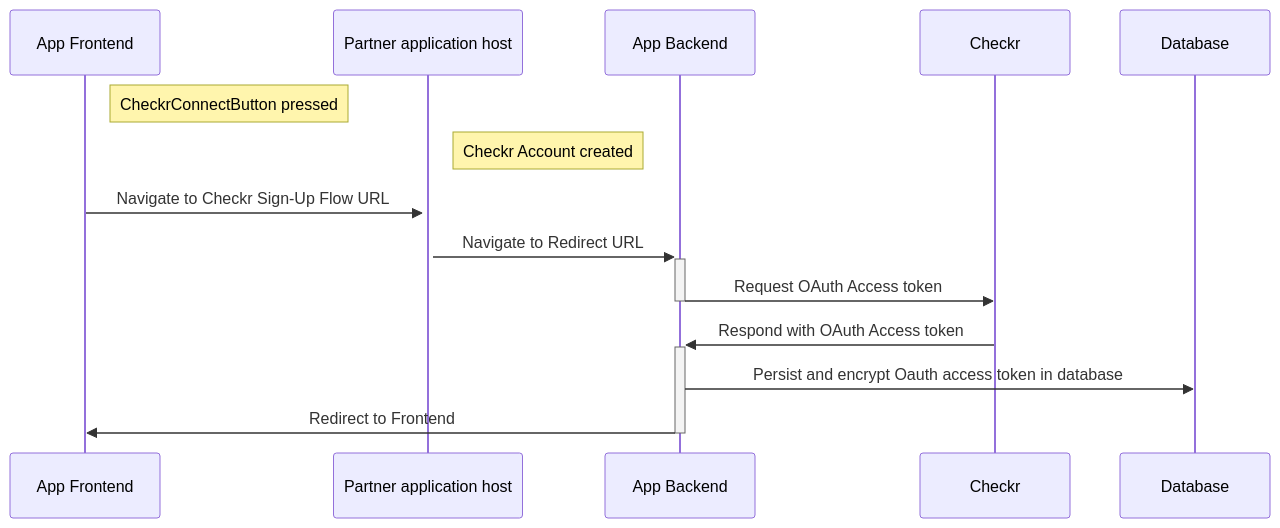
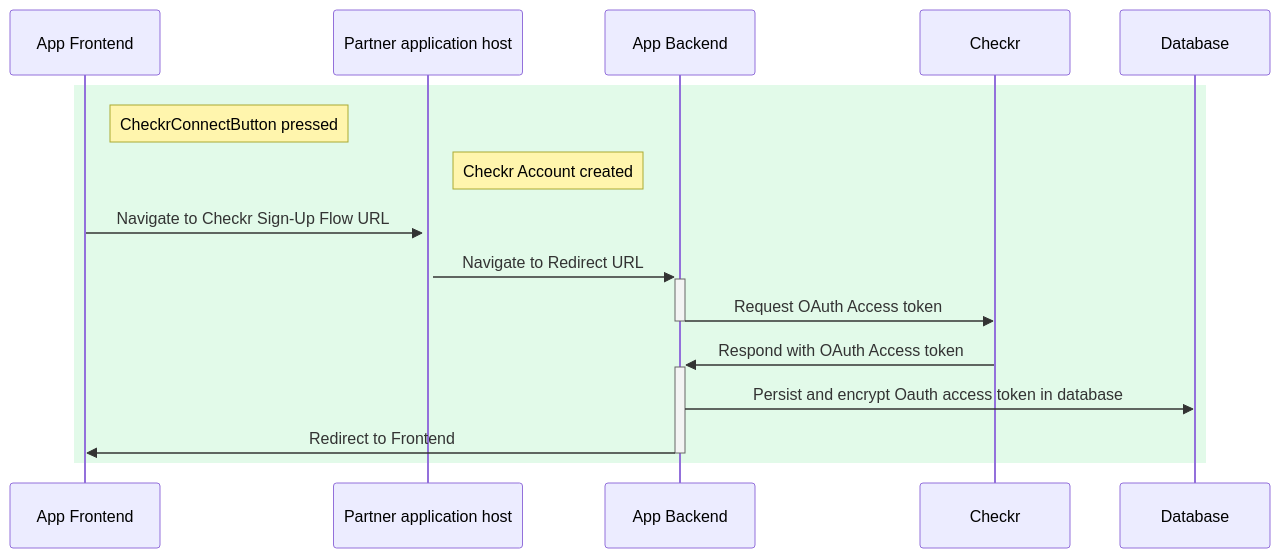
One commit to checkr/oauth-reference-integration changed the first of 2 diagrams in README.md. Above: the diagram before and after it, drawn with Mermaid. The commit also changed other lines of this file, not shown here.

````diff
--- a/README.md
+++ b/README.md
@@ -59,12 +59,14 @@
 ```mermaid
 sequenceDiagram
+  rect rgb(226, 250, 233)
     Note right of App Frontend: CheckrConnectButton pressed
     Note right of Partner application host: Checkr Account created
 
     App Frontend->>+Partner application host: Navigate to Checkr Sign-Up Flow URL
     Partner application host->>+App Backend: Navigate to Redirect URL
     App Backend->>-Checkr: Request OAuth Access token
     Checkr->>+App Backend: Respond with OAuth Access token
     App Backend->>Database: Persist and encrypt Oauth access token in database
     App Backend->>-App Frontend: Redirect to Frontend
+  end
 ```
````
